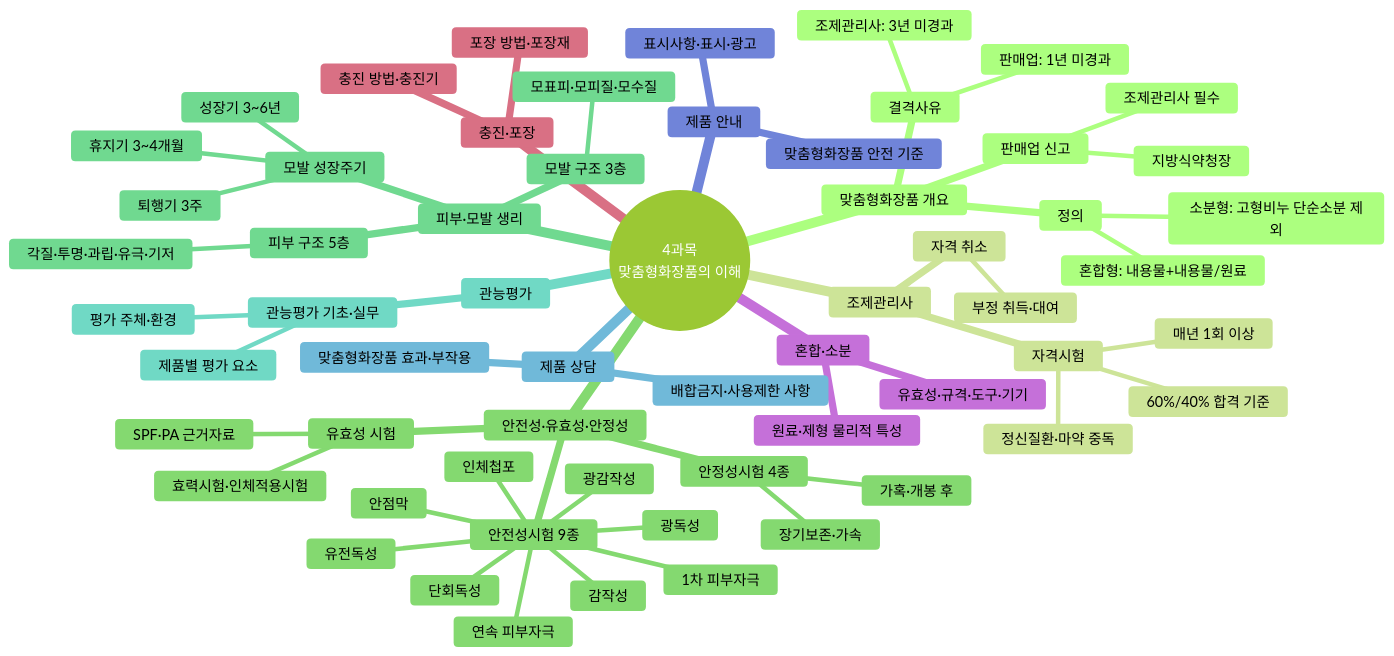
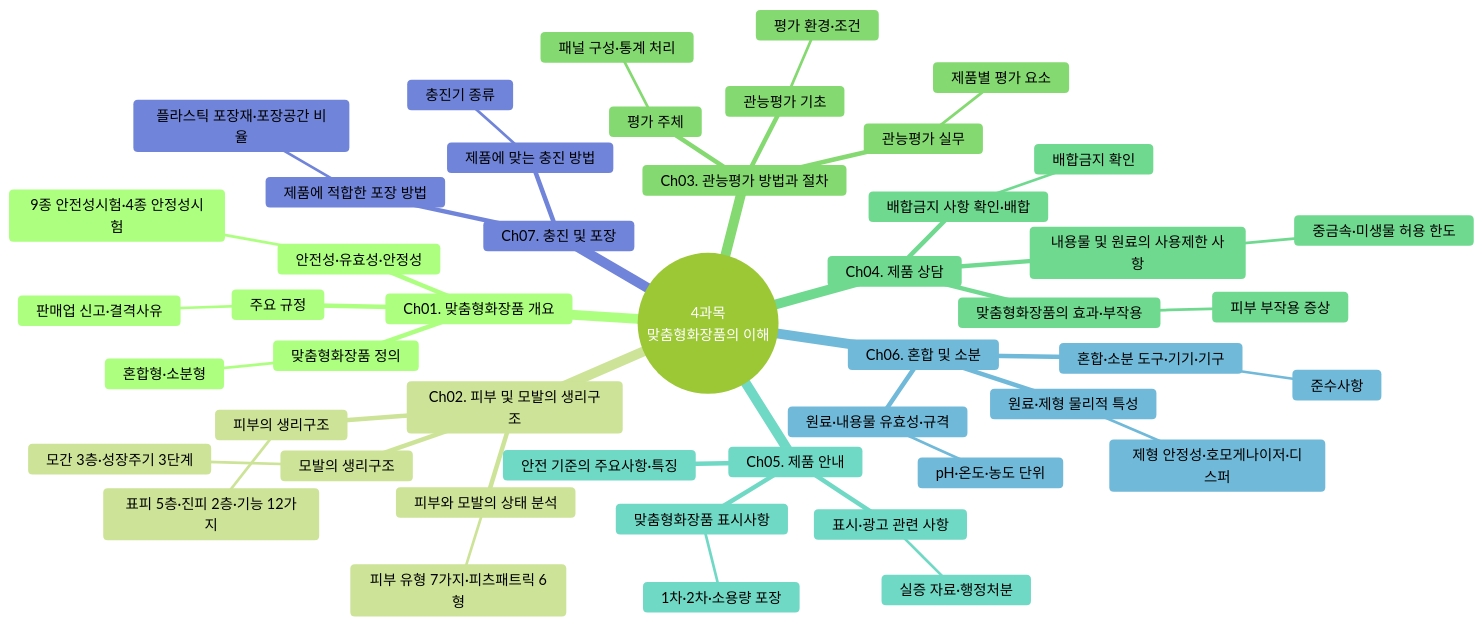
Before and after one commit to skygoldlee-cyber/Personalized_Skincare: the first of 23 diagrams in content/교재/understanding/4과목_맞춤형화장품의이해_이야기형.md, drawn with Mermaid (forest theme). The commit also changed other lines of this file and 14 other files, not shown here.

````diff
--- a/content/교재/understanding/4과목_맞춤형화장품의이해_이야기형.md
+++ b/content/교재/understanding/4과목_맞춤형화장품의이해_이야기형.md
@@ -204,63 +204,50 @@
 ```mermaid
 mindmap
- root((4과목<br/>맞춤형화장품의 이해))
-  맞춤형화장품 개요
-   정의
-    혼합형: 내용물+내용물/원료
-    소분형: 고형비누 단순소분 제외
-   판매업 신고
-    지방식약청장
-    조제관리사 필수
-   결격사유
-    판매업: 1년 미경과
-    조제관리사: 3년 미경과
-  조제관리사
-   자격시험
-    매년 1회 이상
-    60%/40% 합격 기준
-    정신질환·마약 중독
-   자격 취소
-    부정 취득·대여
-  안전성·유효성·안정성
-   안전성시험 9종
-    단회독성
-    1차 피부자극
-    연속 피부자극
-    안점막
-    감작성
-    광독성
-    광감작성
-    인체첩포
-    유전독성
-   유효성 시험
-    효력시험·인체적용시험
-    SPF·PA 근거자료
-   안정성시험 4종
-    장기보존·가속
-    가혹·개봉 후
-  피부·모발 생리
-   피부 구조 5층
-    각질·투명·과립·유극·기저
-   모발 구조 3층
-    모표피·모피질·모수질
-   모발 성장주기
-    성장기 3~6년
-    퇴행기 3주
-    휴지기 3~4개월
-  관능평가
-   관능평가 기초·실무
-    평가 주체·환경
-    제품별 평가 요소
-  제품 상담
-   맞춤형화장품 효과·부작용
-   배합금지·사용제한 사항
-  제품 안내
-   표시사항·표시·광고
-   맞춤형화장품 안전 기준
-  혼합·소분
-   원료·제형 물리적 특성
-   유효성·규격·도구·기기
-  충진·포장
-   충진 방법·충진기
-   포장 방법·포장재
+  root((4과목<br/>맞춤형화장품의 이해))
+    Ch01. 맞춤형화장품 개요
+      맞춤형화장품 정의
+        혼합형·소분형
+      주요 규정
+        판매업 신고·결격사유
+      안전성·유효성·안정성
+        9종 안전성시험·4종 안정성시험
+    Ch02. 피부 및 모발의 생리구조
+      피부의 생리구조
+        표피 5층·진피 2층·기능 12가지
+      모발의 생리구조
+        모간 3층·성장주기 3단계
+      피부와 모발의 상태 분석
+        피부 유형 7가지·피츠패트릭 6형
+    Ch03. 관능평가 방법과 절차
+      관능평가 기초
+        평가 환경·조건
+      관능평가 실무
+        제품별 평가 요소
+      평가 주체
+        패널 구성·통계 처리
+    Ch04. 제품 상담
+      맞춤형화장품의 효과·부작용
+        피부 부작용 증상
+      배합금지 사항 확인·배합
+        배합금지 확인
+      내용물 및 원료의 사용제한 사항
+        중금속·미생물 허용 한도
+    Ch05. 제품 안내
+      맞춤형화장품 표시사항
+        1차·2차·소용량 포장
+      표시·광고 관련 사항
+        실증 자료·행정처분
+      안전 기준의 주요사항·특징
+    Ch06. 혼합 및 소분
+      원료·제형 물리적 특성
+        제형 안정성·호모게나이저·디스퍼
+      원료·내용물 유효성·규격
+        pH·온도·농도 단위
+      혼합·소분 도구·기기·기구
+        준수사항
+    Ch07. 충진 및 포장
+      제품에 맞는 충진 방법
+        충진기 종류
+      제품에 적합한 포장 방법
+        플라스틱 포장재·포장공간 비율
 ```
````
